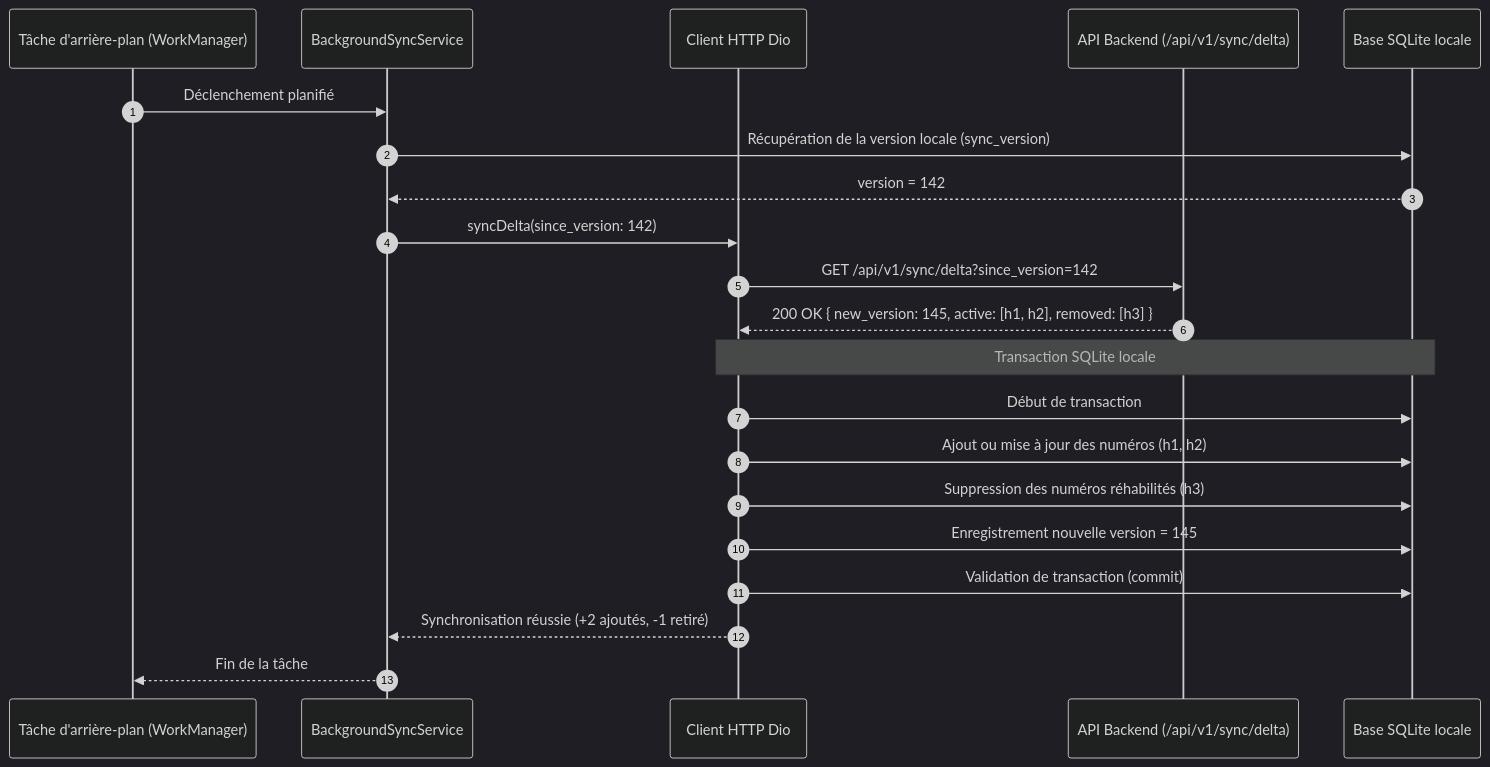
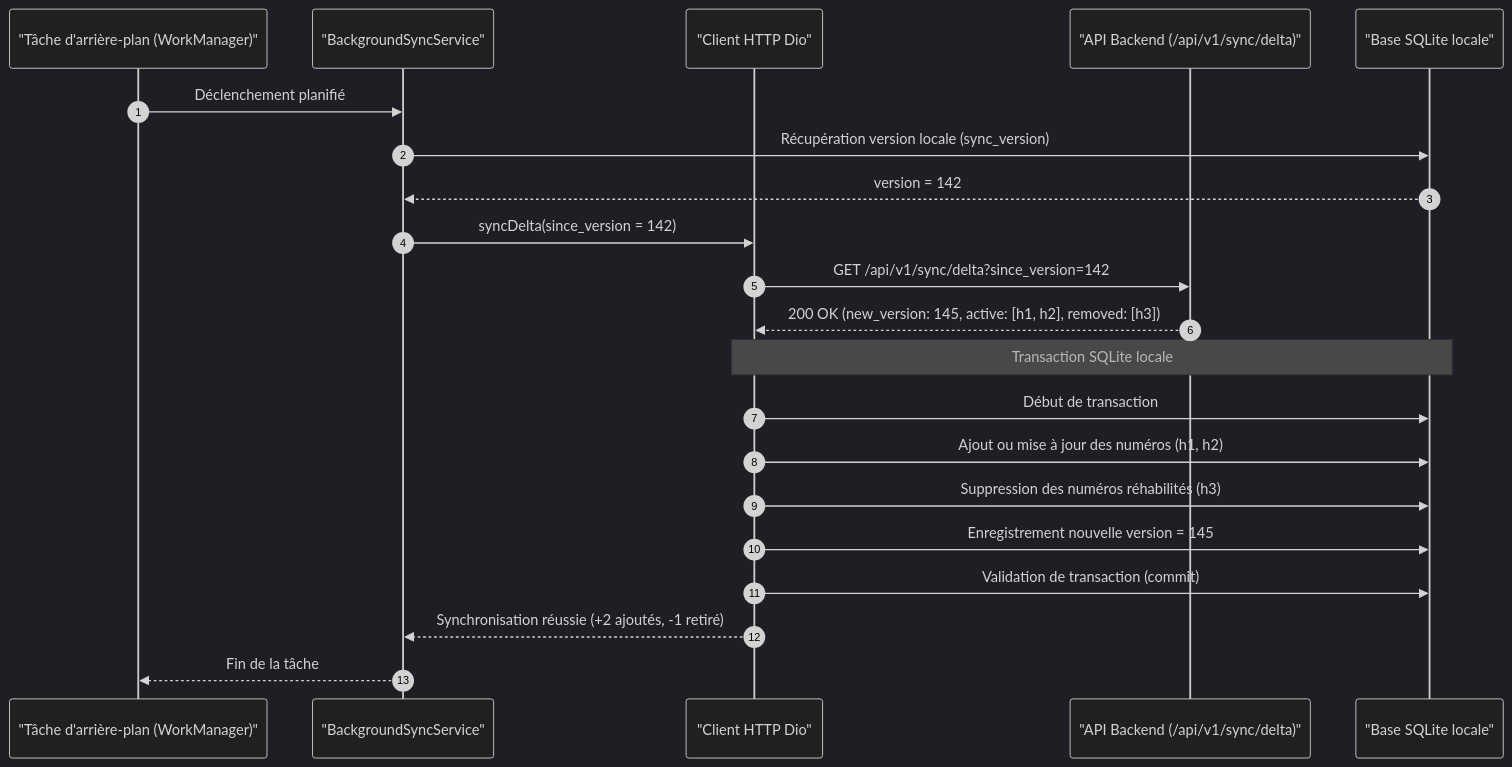
One commit to fadelilyas01/Projet_Synthese changed the fifth of 7 diagrams in docs/ARCHITECTURE_ET_CONCEPTION.md. Above: the diagram before and after it, drawn with Mermaid (dark theme). The commit also changed other lines of this file and 19 other files, not shown here.

````diff
--- a/docs/ARCHITECTURE_ET_CONCEPTION.md
+++ b/docs/ARCHITECTURE_ET_CONCEPTION.md
@@ -301,27 +304,27 @@
 ```mermaid
 sequenceDiagram
     autonumber
-    participant Scheduler as Tâche d'arrière-plan (WorkManager)
-    participant SyncService as BackgroundSyncService
-    participant ApiService as Client HTTP Dio
-    participant DjangoAPI as API Backend (/api/v1/sync/delta)
-    participant LocalDB as Base SQLite locale
+    participant Scheduler as "Tâche d'arrière-plan (WorkManager)"
+    participant SyncService as "BackgroundSyncService"
+    participant ApiService as "Client HTTP Dio"
+    participant DjangoAPI as "API Backend (/api/v1/sync/delta)"
+    participant LocalDB as "Base SQLite locale"
 
     Scheduler->>SyncService: Déclenchement planifié
-    SyncService->>LocalDB: Récupération de la version locale (sync_version)
+    SyncService->>LocalDB: Récupération version locale (sync_version)
     LocalDB-->>SyncService: version = 142
     
-    SyncService->>ApiService: syncDelta(since_version: 142)
+    SyncService->>ApiService: syncDelta(since_version = 142)
     ApiService->>DjangoAPI: GET /api/v1/sync/delta?since_version=142
-    DjangoAPI-->>ApiService: 200 OK { new_version: 145, active: [h1, h2], removed: [h3] }
+    DjangoAPI-->>ApiService: 200 OK (new_version: 145, active: [h1, h2], removed: [h3])
     
     Note over ApiService,LocalDB: Transaction SQLite locale
     ApiService->>LocalDB: Début de transaction
     ApiService->>LocalDB: Ajout ou mise à jour des numéros (h1, h2)
     ApiService->>LocalDB: Suppression des numéros réhabilités (h3)
     ApiService->>LocalDB: Enregistrement nouvelle version = 145
     ApiService->>LocalDB: Validation de transaction (commit)
     
     ApiService-->>SyncService: Synchronisation réussie (+2 ajoutés, -1 retiré)
     SyncService-->>Scheduler: Fin de la tâche
 ```
````
